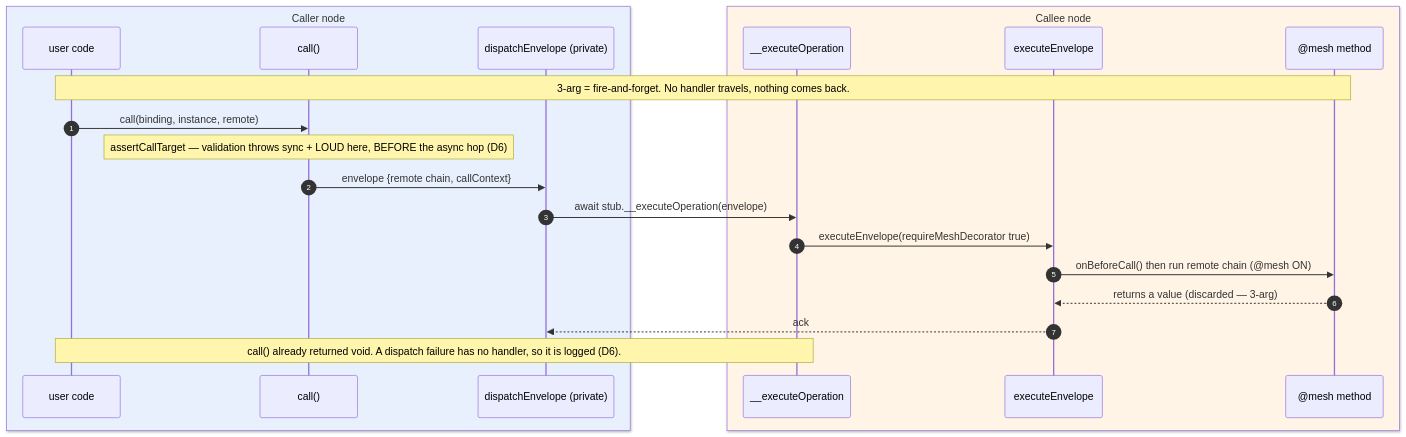
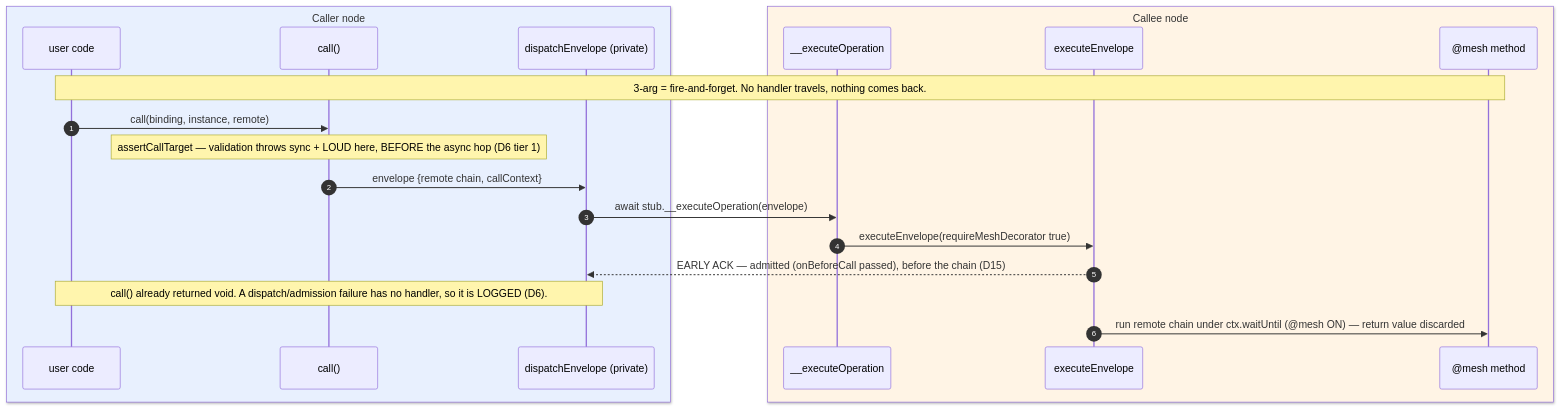
Before and after one commit to lumenize/lumenize: the fourth of 6 diagrams in tasks/mesh-continuation-only-calls.md, drawn with Mermaid. The commit also changed other lines of this file and 2 other files, not shown here.

````diff
--- a/tasks/mesh-continuation-only-calls.md
+++ b/tasks/mesh-continuation-only-calls.md
@@ -164,24 +176,23 @@
 ```mermaid
 sequenceDiagram
     autonumber
     box rgb(232,240,254) Caller node
     participant U as user code
     participant CALL as call()
     participant DISP as dispatchEnvelope (private)
     end
     box rgb(255,244,229) Callee node
     participant XOP as __executeOperation
     participant XENV as executeEnvelope
     participant CU as @mesh method
     end
     Note over U,CU: 3-arg = fire-and-forget. No handler travels, nothing comes back.
     U->>CALL: call(binding, instance, remote)
-    Note over CALL: assertCallTarget — validation throws sync + LOUD here, BEFORE the async hop (D6)
+    Note over CALL: assertCallTarget — validation throws sync + LOUD here, BEFORE the async hop (D6 tier 1)
     CALL->>DISP: envelope {remote chain, callContext}
     DISP->>XOP: await stub.__executeOperation(envelope)
     XOP->>XENV: executeEnvelope(requireMeshDecorator true)
-    XENV->>CU: onBeforeCall() then run remote chain (@mesh ON)
-    CU-->>XENV: returns a value (discarded — 3-arg)
-    XENV-->>DISP: ack
-    Note over U,XOP: call() already returned void. A dispatch failure has no handler, so it is logged (D6).
+    XENV-->>DISP: EARLY ACK — admitted (onBeforeCall passed), before the chain (D15)
+    Note over U,DISP: call() already returned void. A dispatch/admission failure has no handler, so it is LOGGED (D6).
+    XENV->>CU: run remote chain under ctx.waitUntil (@mesh ON) — return value discarded
 ```
````
